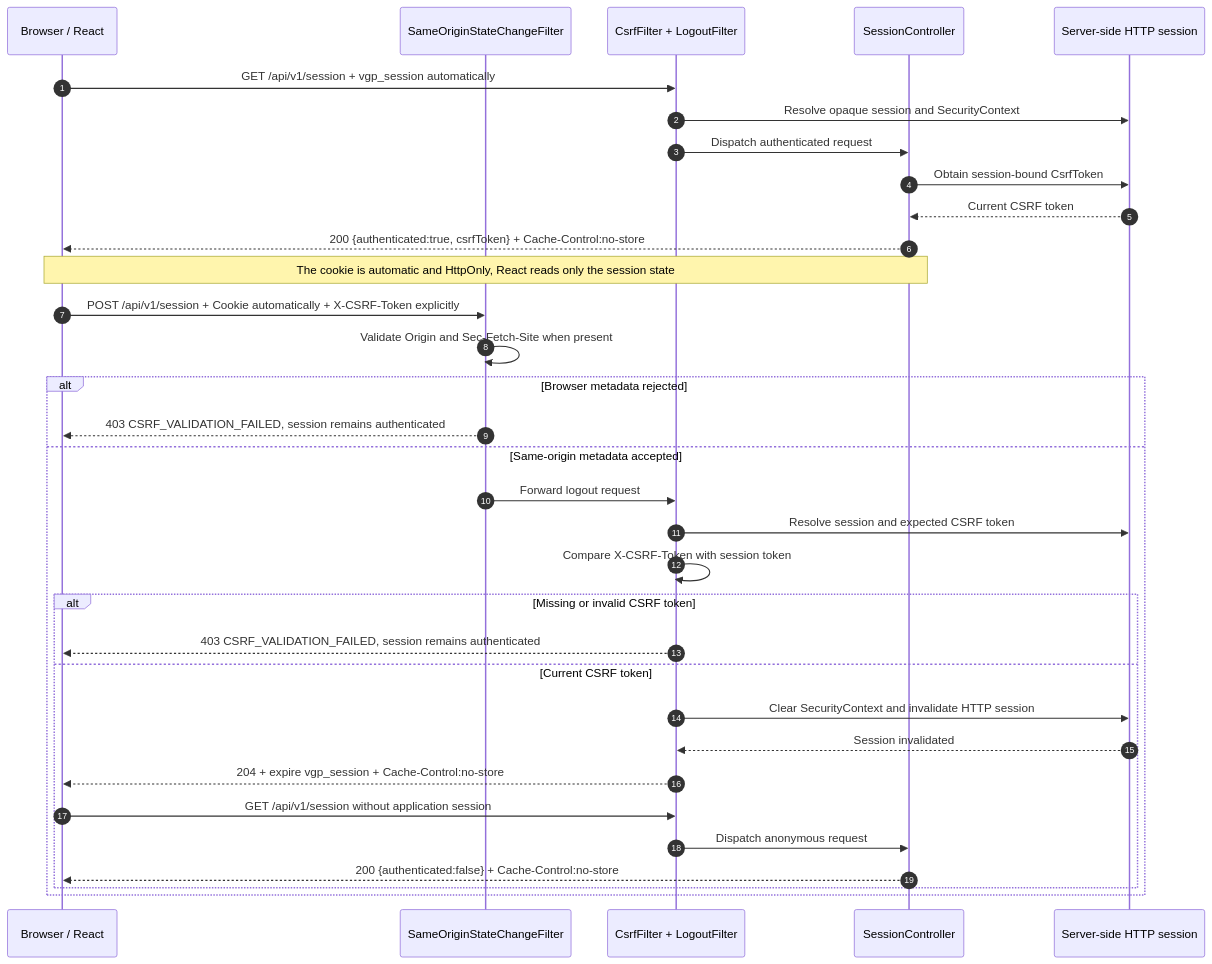
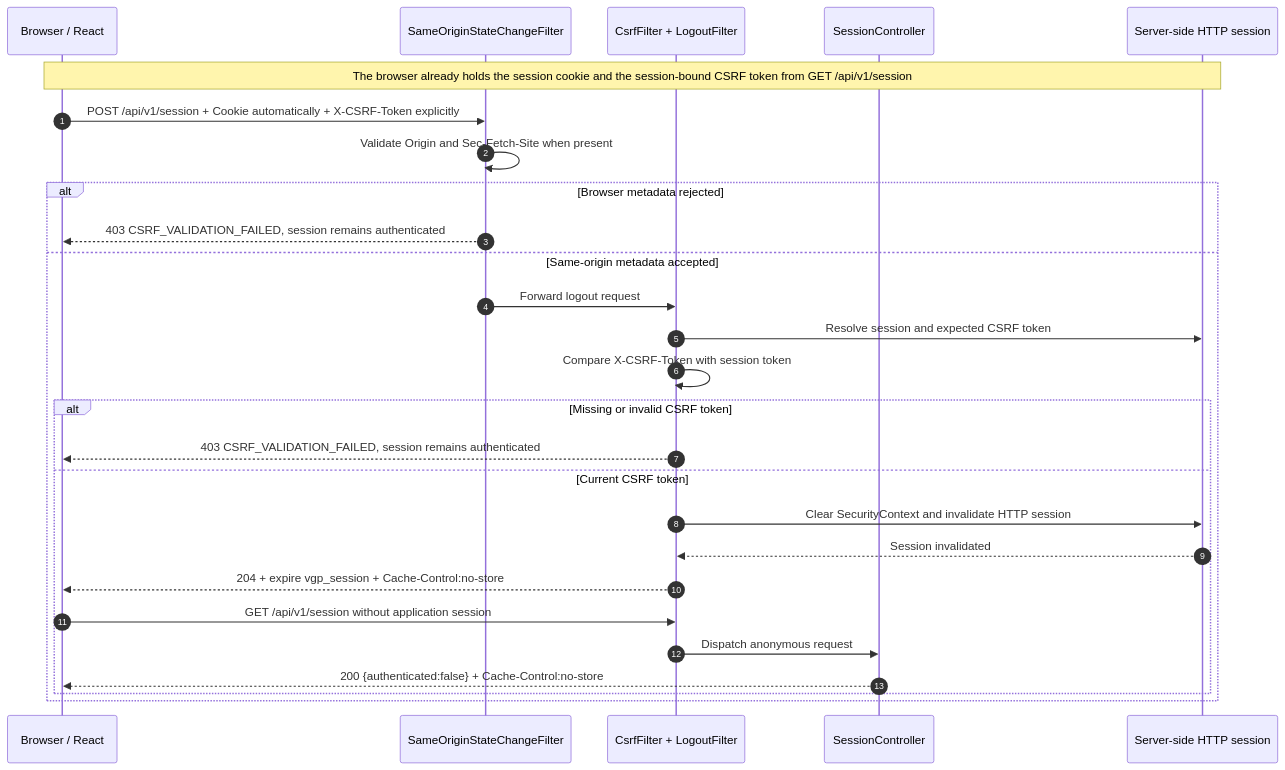
Before and after one commit to rubhern/videogame-platform: the diagram in docs/architecture/diagrams/mermaid/session-csrf-logout-sequence.mmd, drawn with Mermaid. The commit also changed 37 other files, not shown here.

```diff
--- a/docs/architecture/diagrams/mermaid/session-csrf-logout-sequence.mmd
+++ b/docs/architecture/diagrams/mermaid/session-csrf-logout-sequence.mmd
@@ -1,36 +1,30 @@
 sequenceDiagram
     autonumber
 
     participant Browser as Browser / React
     participant OriginFilter as SameOriginStateChangeFilter
     participant Security as CsrfFilter + LogoutFilter
     participant SessionApi as SessionController
     participant Session as Server-side HTTP session
 
-    Browser->>Security: GET /api/v1/session + vgp_session automatically
-    Security->>Session: Resolve opaque session and SecurityContext
-    Security->>SessionApi: Dispatch authenticated request
-    SessionApi->>Session: Obtain session-bound CsrfToken
-    Session-->>SessionApi: Current CSRF token
-    SessionApi-->>Browser: 200 {authenticated:true, csrfToken} + Cache-Control:no-store
-    Note over Browser,SessionApi: The cookie is automatic and HttpOnly, React reads only the session state
+    Note over Browser,Session: The browser already holds the session cookie and the session-bound CSRF token from GET /api/v1/session
 
     Browser->>OriginFilter: POST /api/v1/session + Cookie automatically + X-CSRF-Token explicitly
     OriginFilter->>OriginFilter: Validate Origin and Sec-Fetch-Site when present
     alt Browser metadata rejected
         OriginFilter-->>Browser: 403 CSRF_VALIDATION_FAILED, session remains authenticated
     else Same-origin metadata accepted
         OriginFilter->>Security: Forward logout request
         Security->>Session: Resolve session and expected CSRF token
         Security->>Security: Compare X-CSRF-Token with session token
         alt Missing or invalid CSRF token
             Security-->>Browser: 403 CSRF_VALIDATION_FAILED, session remains authenticated
         else Current CSRF token
             Security->>Session: Clear SecurityContext and invalidate HTTP session
             Session-->>Security: Session invalidated
             Security-->>Browser: 204 + expire vgp_session + Cache-Control:no-store
             Browser->>Security: GET /api/v1/session without application session
             Security->>SessionApi: Dispatch anonymous request
             SessionApi-->>Browser: 200 {authenticated:false} + Cache-Control:no-store
         end
     end
```
